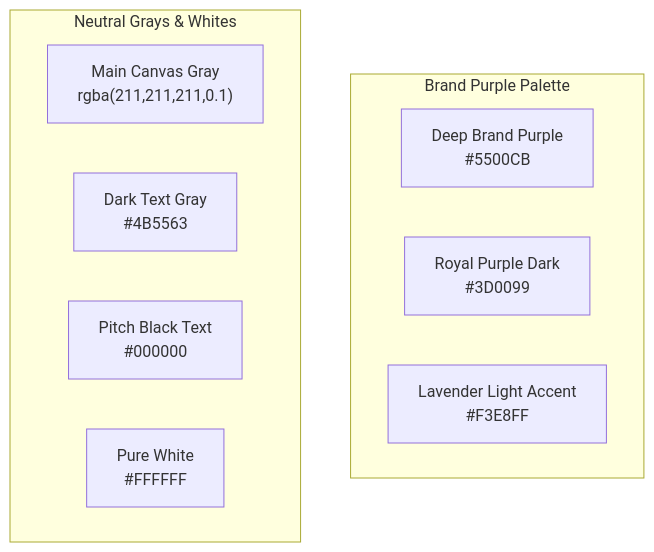
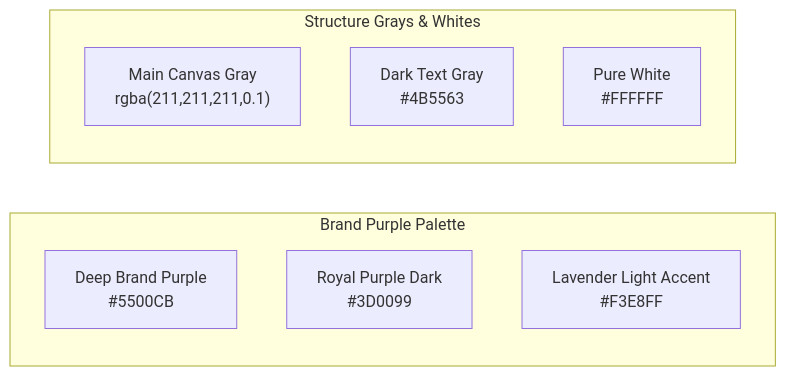
Before and after one commit to SaraTarannumPatel/myraaha: the first of 2 diagrams in docs/landing_page_design_system.md, drawn with Mermaid. The commit also changed other lines of this file and 166 other files, not shown here.

````diff
--- a/docs/landing_page_design_system.md
+++ b/docs/landing_page_design_system.md
@@ -90,14 +46,13 @@
 ```mermaid
-graph TD
+graph LR
     subgraph Brand Purple Palette
         P1["Deep Brand Purple<br>#5500CB"]
         P2["Royal Purple Dark<br>#3D0099"]
         P3["Lavender Light Accent<br>#F3E8FF"]
     end
-    subgraph Neutral Grays & Whites
+    subgraph Structure Grays & Whites
         N1["Main Canvas Gray<br>rgba(211,211,211,0.1)"]
         N2["Dark Text Gray<br>#4B5563"]
-        N3["Pitch Black Text<br>#000000"]
-        N4["Pure White<br>#FFFFFF"]
+        N3["Pure White<br>#FFFFFF"]
     end
 ```
````
